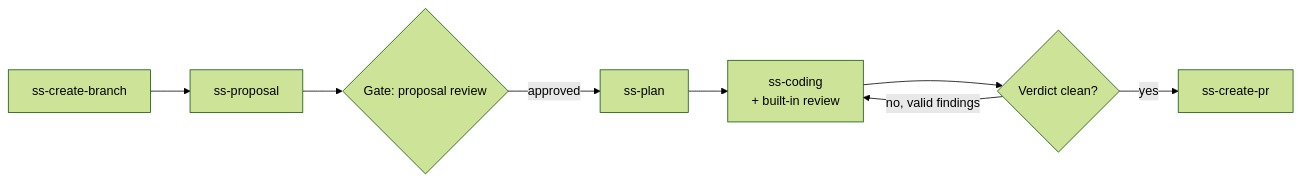
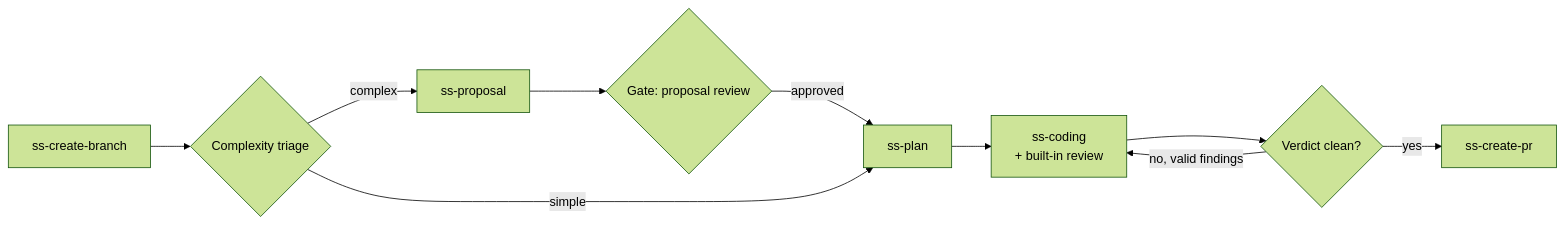
Before and after one commit to lbk-open/super-spec: the first of 3 diagrams in docs/workflows.md, drawn with Mermaid (forest theme). The commit also changed other lines of this file and 2 other files, not shown here.

First line of the commit message:
feat(ss-feature-workflow): gate the proposal stage behind a complexity triage

````diff
--- a/docs/workflows.md
+++ b/docs/workflows.md
@@ -31,10 +31,12 @@
 ```mermaid
 flowchart LR
-    A[ss-create-branch] --> B[ss-proposal]
+    A[ss-create-branch] --> T{Complexity triage}
+    T -->|complex| B[ss-proposal]
     B --> G{Gate: proposal review}
     G -->|approved| C[ss-plan]
+    T -->|simple| C
     C --> D[ss-coding<br/>+ built-in review]
     D --> E{Verdict clean?}
     E -->|no, valid findings| D
     E -->|yes| F[ss-create-pr]
 ```
````
